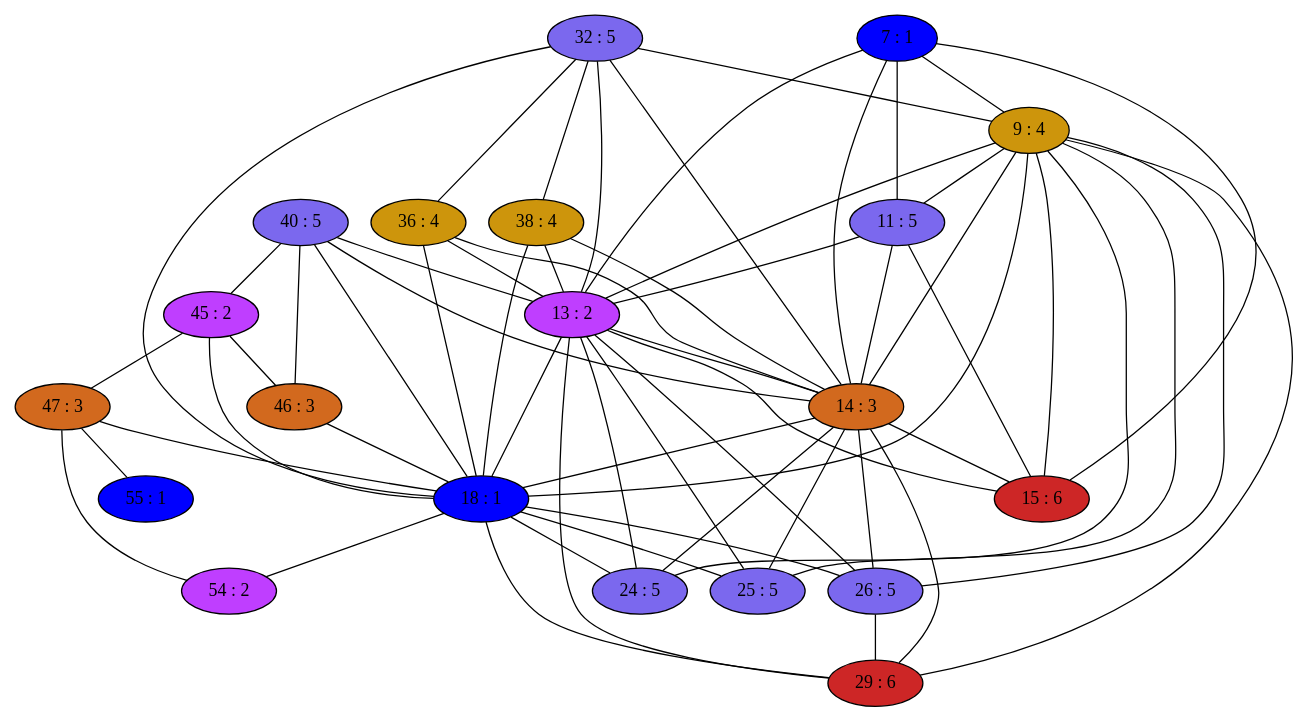
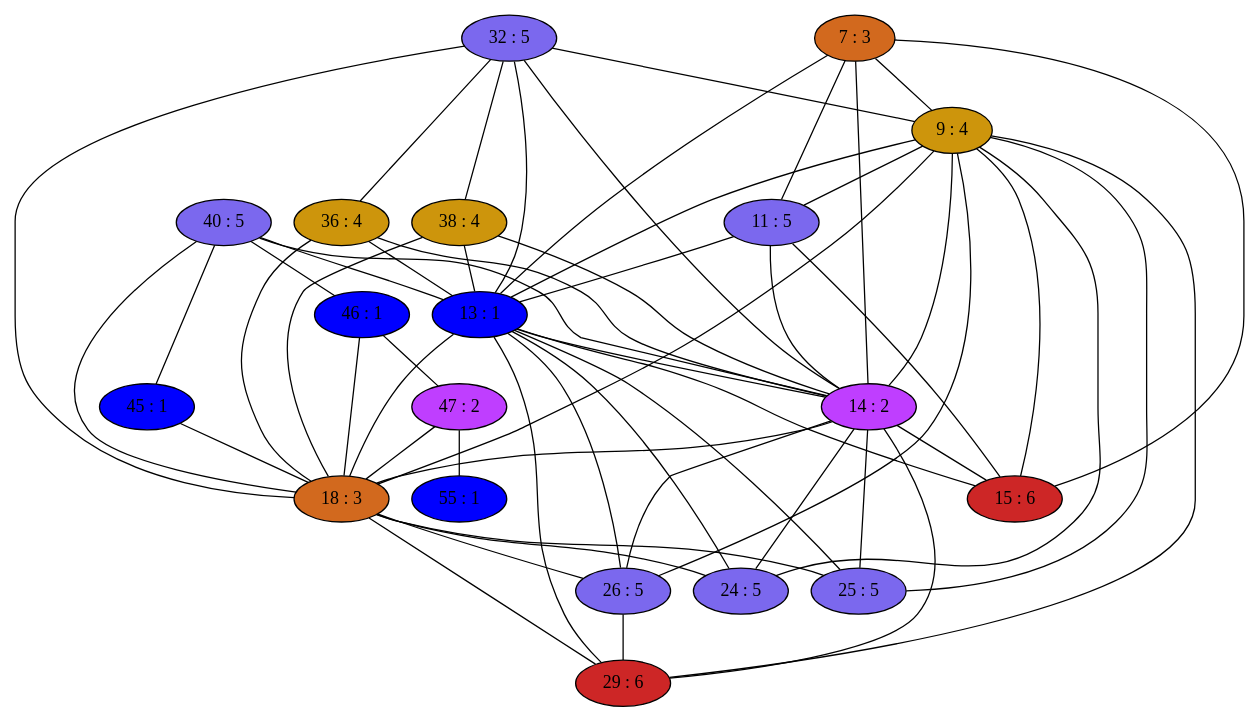
One commit to mbajaj92/Project-Astoria changed the diagram in Compiler/0iGraph.dot. Above: the diagram before and after it, drawn with Graphviz. The commit also changed 42 other files, not shown here.

```diff
--- a/Compiler/0iGraph.dot
+++ b/Compiler/0iGraph.dot
@@ -1,142 +1,135 @@
 strict graph {
 32[label="32 : 5" style=filled fillcolor="mediumslateblue"];
 32 -- 18
 32 -- 36
 32 -- 38
 32 -- 9
 32 -- 13
 32 -- 14
 36[label="36 : 4" style=filled fillcolor="darkgoldenrod3"];
 36 -- 32
 36 -- 18
 36 -- 13
 36 -- 14
 38[label="38 : 4" style=filled fillcolor="darkgoldenrod3"];
 38 -- 32
 38 -- 18
 38 -- 13
 38 -- 14
-7[label="7 : 1" style=filled fillcolor="blue1"];
+7[label="7 : 3" style=filled fillcolor="chocolate"];
 7 -- 9
 7 -- 11
 7 -- 13
 7 -- 14
 7 -- 15
 40[label="40 : 5" style=filled fillcolor="mediumslateblue"];
 40 -- 18
 40 -- 45
 40 -- 13
 40 -- 46
 40 -- 14
 9[label="9 : 4" style=filled fillcolor="darkgoldenrod3"];
 9 -- 32
 9 -- 18
 9 -- 7
 9 -- 24
 9 -- 25
 9 -- 26
 9 -- 11
 9 -- 29
 9 -- 13
 9 -- 14
 9 -- 15
 11[label="11 : 5" style=filled fillcolor="mediumslateblue"];
 11 -- 7
 11 -- 9
 11 -- 13
 11 -- 14
 11 -- 15
-45[label="45 : 2" style=filled fillcolor="darkorchid1"];
+45[label="45 : 1" style=filled fillcolor="blue1"];
 45 -- 18
 45 -- 40
-45 -- 46
-45 -- 47
-13[label="13 : 2" style=filled fillcolor="darkorchid1"];
+13[label="13 : 1" style=filled fillcolor="blue1"];
 13 -- 32
 13 -- 36
 13 -- 38
 13 -- 7
 13 -- 40
 13 -- 9
 13 -- 11
 13 -- 14
 13 -- 15
 13 -- 18
 13 -- 24
 13 -- 25
 13 -- 26
 13 -- 29
-46[label="46 : 3" style=filled fillcolor="chocolate"];
+46[label="46 : 1" style=filled fillcolor="blue1"];
 46 -- 18
 46 -- 40
-46 -- 45
-14[label="14 : 3" style=filled fillcolor="chocolate"];
+46 -- 47
+14[label="14 : 2" style=filled fillcolor="darkorchid1"];
 14 -- 32
 14 -- 36
 14 -- 38
 14 -- 7
 14 -- 40
 14 -- 9
 14 -- 11
 14 -- 13
 14 -- 15
 14 -- 18
 14 -- 24
 14 -- 25
 14 -- 26
 14 -- 29
-47[label="47 : 3" style=filled fillcolor="chocolate"];
+47[label="47 : 2" style=filled fillcolor="darkorchid1"];
 47 -- 18
-47 -- 54
 47 -- 55
-47 -- 45
+47 -- 46
 15[label="15 : 6" style=filled fillcolor="firebrick3"];
 15 -- 7
 15 -- 9
 15 -- 11
 15 -- 13
 15 -- 14
-18[label="18 : 1" style=filled fillcolor="blue1"];
+18[label="18 : 3" style=filled fillcolor="chocolate"];
 18 -- 32
 18 -- 36
 18 -- 38
 18 -- 40
 18 -- 9
 18 -- 45
 18 -- 13
 18 -- 46
 18 -- 14
 18 -- 47
-18 -- 54
 18 -- 24
 18 -- 25
 18 -- 26
 18 -- 29
-54[label="54 : 2" style=filled fillcolor="darkorchid1"];
-54 -- 18
-54 -- 47
 55[label="55 : 1" style=filled fillcolor="blue1"];
 55 -- 47
 24[label="24 : 5" style=filled fillcolor="mediumslateblue"];
 24 -- 18
 24 -- 9
 24 -- 13
 24 -- 14
 25[label="25 : 5" style=filled fillcolor="mediumslateblue"];
 25 -- 18
 25 -- 9
 25 -- 13
 25 -- 14
 26[label="26 : 5" style=filled fillcolor="mediumslateblue"];
 26 -- 18
 26 -- 9
 26 -- 29
 26 -- 13
 26 -- 14
 29[label="29 : 6" style=filled fillcolor="firebrick3"];
 29 -- 18
 29 -- 9
 29 -- 26
 29 -- 13
 29 -- 14
 }
```
